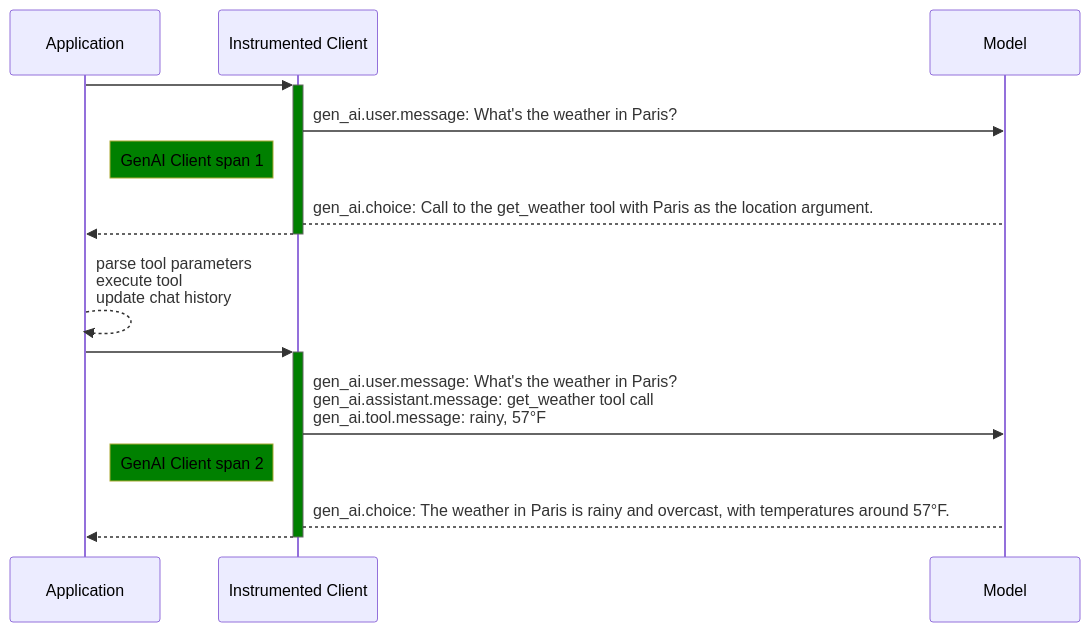
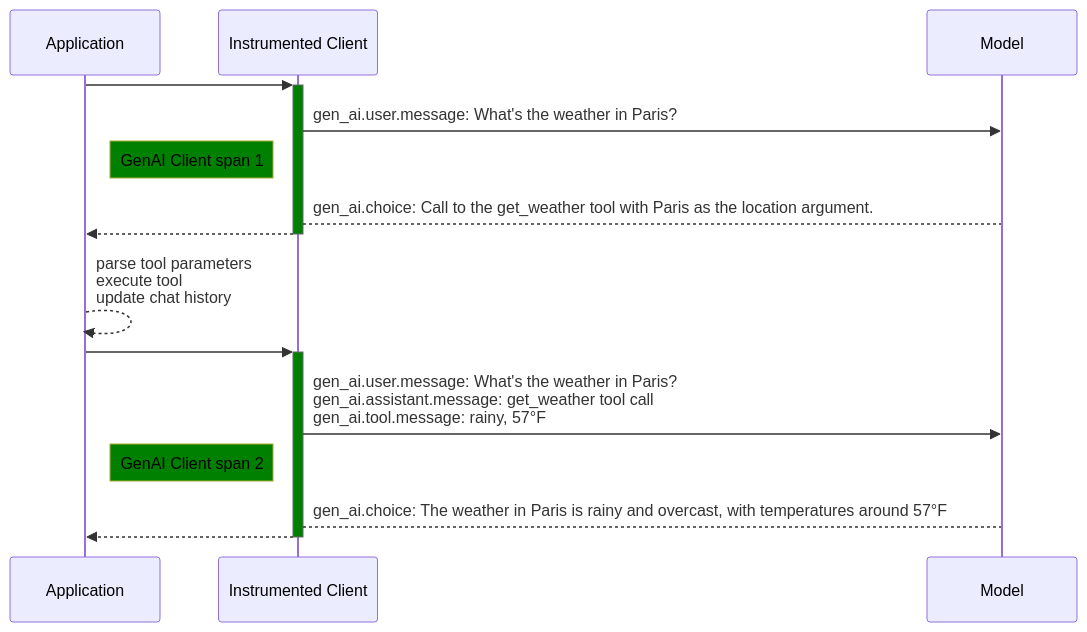
Before and after one commit to open-telemetry/semantic-conventions: the second of 3 diagrams in docs/gen-ai/gen-ai-events.md, drawn with Mermaid. The commit also changed other lines of this file and 1 other file, not shown here.

Commit message:
Yamlify GenAI events

````diff
--- a/docs/gen-ai/gen-ai-events.md
+++ b/docs/gen-ai/gen-ai-events.md
@@ -260,23 +260,23 @@
 ```mermaid
 %%{init:
 {
   "sequence": { "messageAlign": "left", "htmlLabels":true },
   "themeVariables": { "noteBkgColor" : "green", "noteTextColor": "black", "activationBkgColor": "green", "htmlLabels":true }
 }
 }%%
 sequenceDiagram
     participant A as Application
     participant I as Instrumented Client
     participant M as Model
     A->>+I: #U+200D
     I->>M: gen_ai.user.message: What's the weather in Paris?
     Note left of I: GenAI Client span 1
     I-->M: gen_ai.choice: Call to the get_weather tool with Paris as the location argument.
     I-->>-A: #U+200D
     A -->> A: parse tool parameters<br/>execute tool<br/>update chat history
     A->>+I: #U+200D
     I->>M: gen_ai.user.message: What's the weather in Paris?<br/>gen_ai.assistant.message: get_weather tool call<br/>gen_ai.tool.message: rainy, 57°F
     Note left of I: GenAI Client span 2
-    I-->M: gen_ai.choice: The weather in Paris is rainy and overcast, with temperatures around 57°F.
+    I-->M: gen_ai.choice: The weather in Paris is rainy and overcast, with temperatures around 57°F
     I-->>-A: #U+200D
 ```
````
